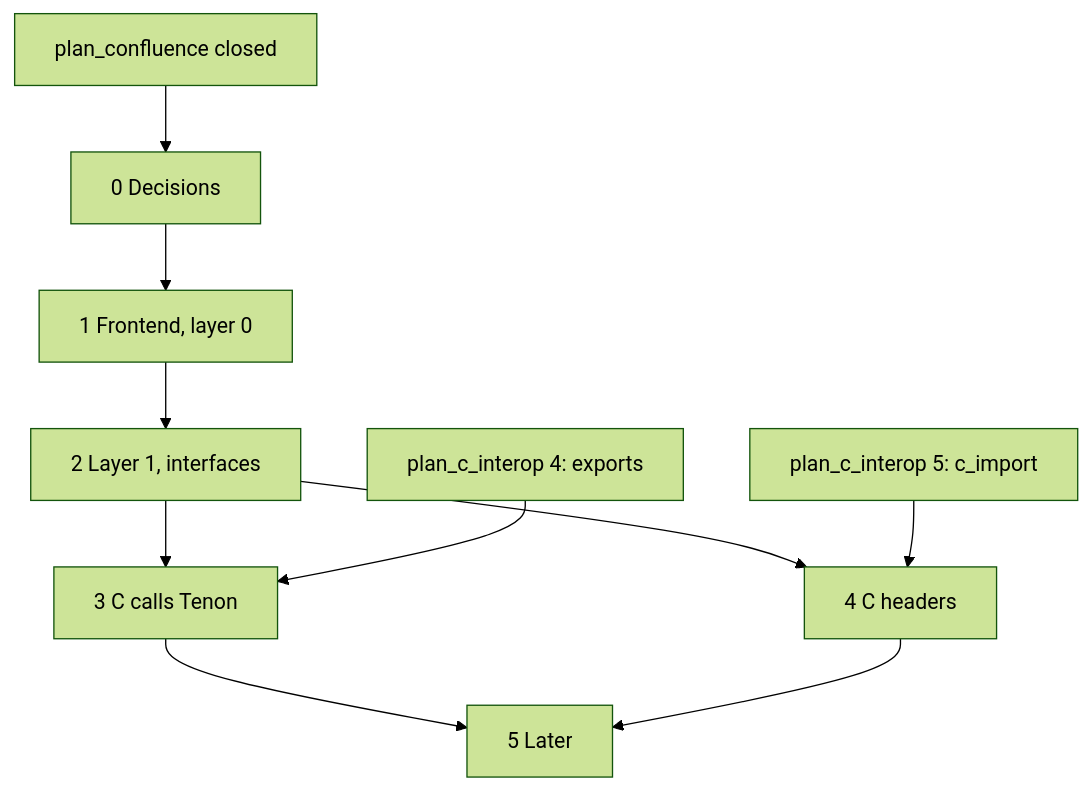
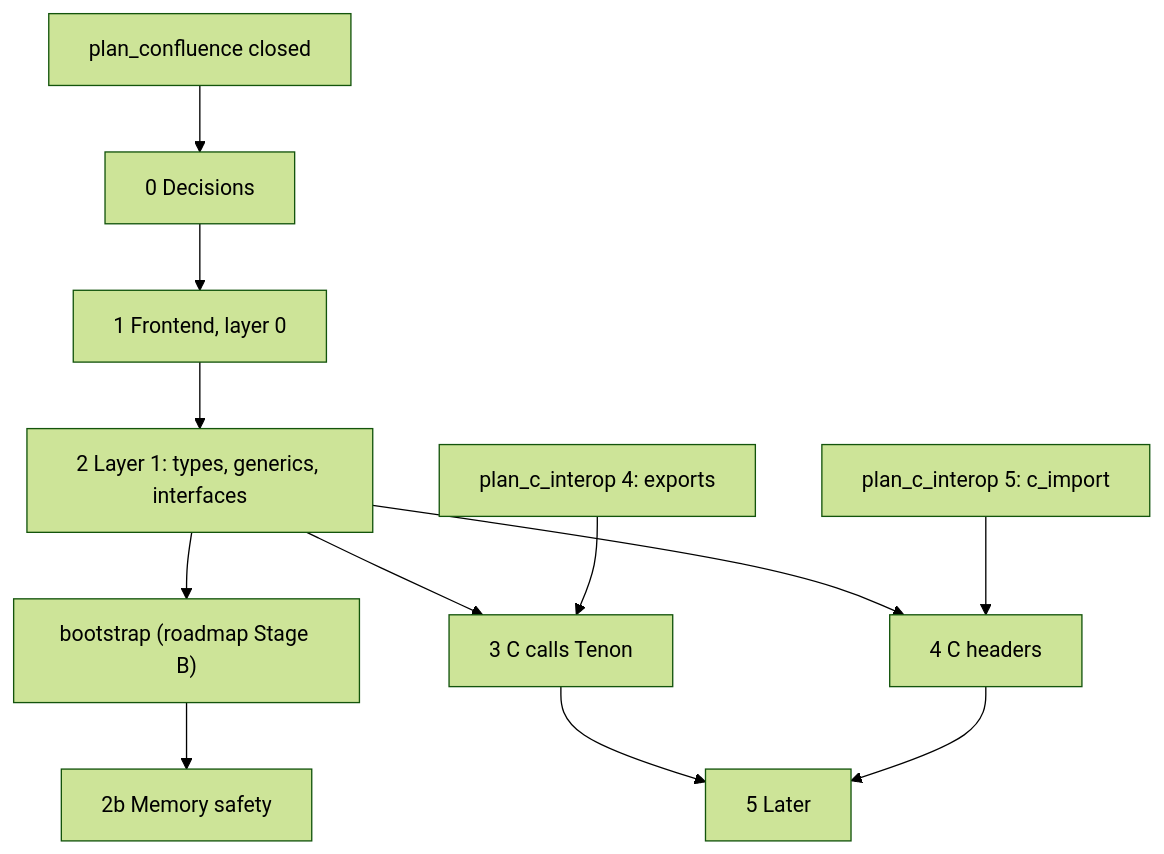
Before and after one commit to tapl-org/tapl: the second of 2 diagrams in oymo/docs/plan_tenon.md, drawn with Mermaid (forest theme). The commit also changed other lines of this file and 6 other files, not shown here.

Commit message:
docs: update release versions and roadmap plans for Tenon and C interop

````diff
--- a/oymo/docs/plan_tenon.md
+++ b/oymo/docs/plan_tenon.md
@@ -344,12 +378,13 @@
 ```mermaid
 flowchart TD
   CONF["plan_confluence closed"] --> P0
   P0["0 Decisions"] --> P1["1 Frontend, layer 0"]
-  P1 --> P2["2 Layer 1, interfaces"]
+  P1 --> P2["2 Layer 1: types, generics, interfaces"]
+  P2 --> BOOT["bootstrap (roadmap Stage B)"] --> P2b["2b Memory safety"]
   P2 --> P3["3 C calls Tenon"]
   CI4["plan_c_interop 4: exports"] --> P3
   P2 --> P4["4 C headers"]
   CI5["plan_c_interop 5: c_import"] --> P4
   P3 --> P5["5 Later"]
   P4 --> P5
 ```
````
